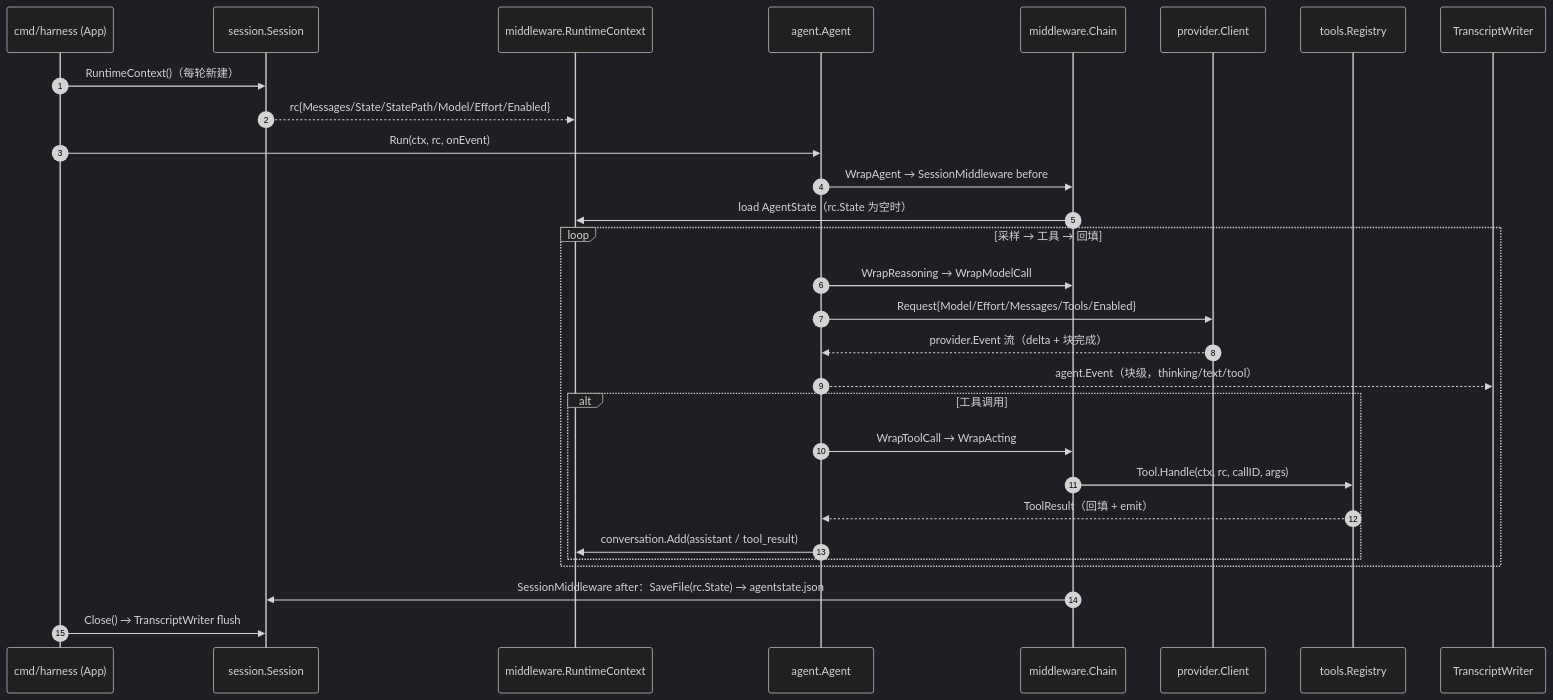
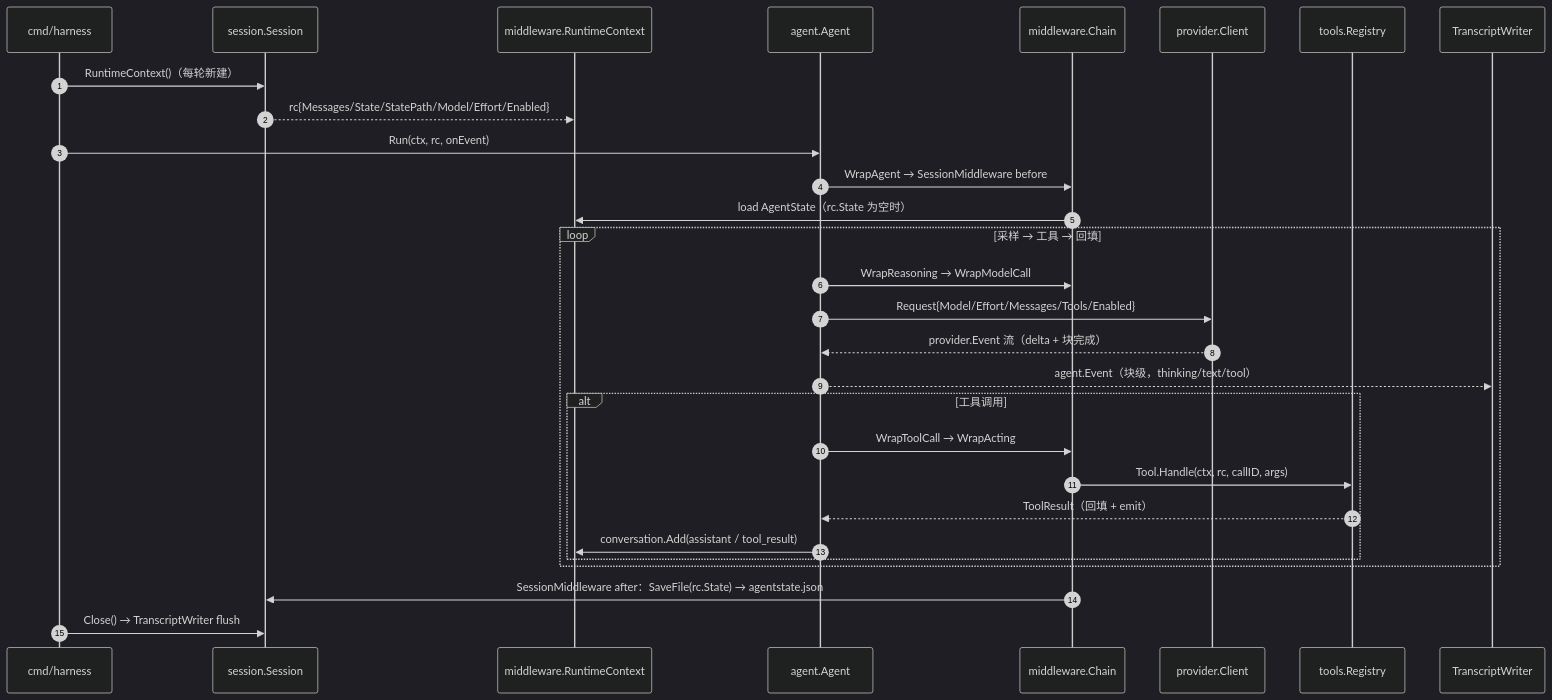
The second of 8 diagrams in DATA_STRUCTURES.md (HUANGsir-JH/simple-harness), drawn with Mermaid (dark theme) before and after one commit. The commit also changed other lines of this file and 34 other files, not shown here.

````diff
--- a/DATA_STRUCTURES.md
+++ b/DATA_STRUCTURES.md
@@ -35,32 +41,32 @@
 ```mermaid
 sequenceDiagram
     autonumber
-    participant CLI as cmd/harness (App)
+    participant CLI as cmd/harness
     participant SES as session.Session
     participant RC as middleware.RuntimeContext
     participant AG as agent.Agent
     participant MW as middleware.Chain
     participant PV as provider.Client
     participant TL as tools.Registry
     participant TR as TranscriptWriter
 
     CLI->>SES: RuntimeContext()（每轮新建）
     SES-->>RC: rc{Messages/State/StatePath/Model/Effort/Enabled}
     CLI->>AG: Run(ctx, rc, onEvent)
     AG->>MW: WrapAgent → SessionMiddleware before
     MW->>RC: load AgentState（rc.State 为空时）
     loop 采样 → 工具 → 回填
         AG->>MW: WrapReasoning → WrapModelCall
         AG->>PV: Request{Model/Effort/Messages/Tools/Enabled}
         PV-->>AG: provider.Event 流（delta + 块完成）
         AG-->>TR: agent.Event（块级，thinking/text/tool）
         alt 工具调用
             AG->>MW: WrapToolCall → WrapActing
             MW->>TL: Tool.Handle(ctx, rc, callID, args)
             TL-->>AG: ToolResult（回填 + emit）
             AG->>RC: conversation.Add(assistant / tool_result)
         end
     end
     MW->>SES: SessionMiddleware after：SaveFile(rc.State) → agentstate.json
     CLI->>SES: Close() → TranscriptWriter flush
 ```
````
